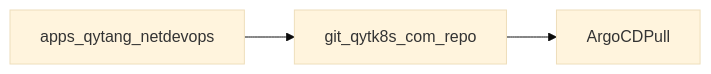
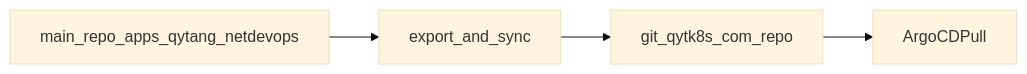
The diagram in k8s/06-gitops-and-automation/docs/14_push_qytang_netdevops_to_gitea.md (hwang-protocol/docker_k8s_2026), drawn with Mermaid (base theme) before and after one commit. The commit also changed other lines of this file and 7 other files, not shown here.

First line of the commit message:
Refactor GitOps scripts and documentation for QYTANG NetDevOps

````diff
--- a/k8s/06-gitops-and-automation/docs/14_push_qytang_netdevops_to_gitea.md
+++ b/k8s/06-gitops-and-automation/docs/14_push_qytang_netdevops_to_gitea.md
@@ -25,5 +25,6 @@
 ```mermaid
 flowchart LR
-    localRepo[apps_qytang_netdevops] --> giteaRepo[git_qytk8s_com_repo]
+    mainRepo[main_repo_apps_qytang_netdevops] --> exportSync[export_and_sync]
+    exportSync --> giteaRepo[git_qytk8s_com_repo]
     giteaRepo --> argocdPull[ArgoCDPull]
 ```
````
